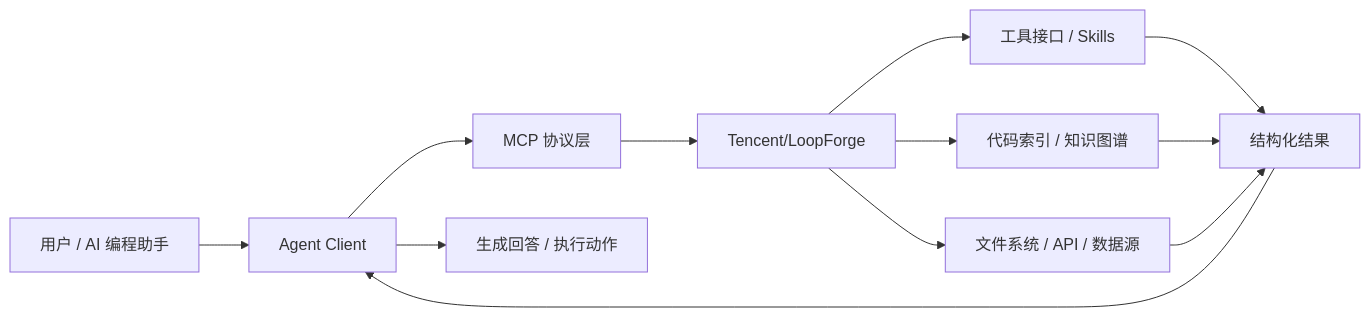
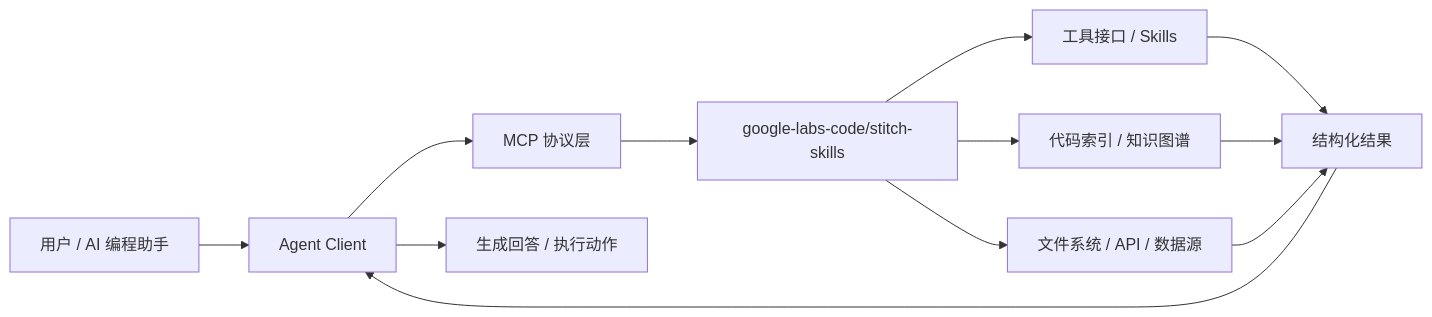
One commit to Lingwangla/github_trend changed the fifth of 5 diagrams in TRENDING.md. Above: the diagram before and after it, drawn with Mermaid. The commit also changed other lines of this file and 2 other files, not shown here.

````diff
--- a/TRENDING.md
+++ b/TRENDING.md
@@ -147,14 +173,14 @@
 ```mermaid
 flowchart LR
     User[用户 / AI 编程助手] --> Client[Agent Client]
     Client --> Protocol[MCP 协议层]
-    Protocol --> Server[Tencent/LoopForge]
+    Protocol --> Server[google-labs-code/stitch-skills]
     Server --> Tools[工具接口 / Skills]
     Server --> Index[代码索引 / 知识图谱]
     Server --> Data[文件系统 / API / 数据源]
     Tools --> Result[结构化结果]
     Index --> Result
     Data --> Result
     Result --> Client
     Client --> Answer[生成回答 / 执行动作]
 ```
````
